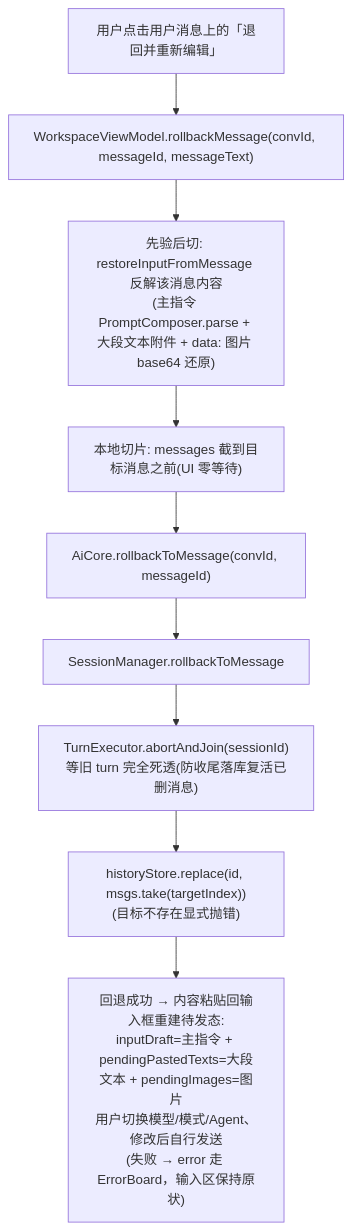
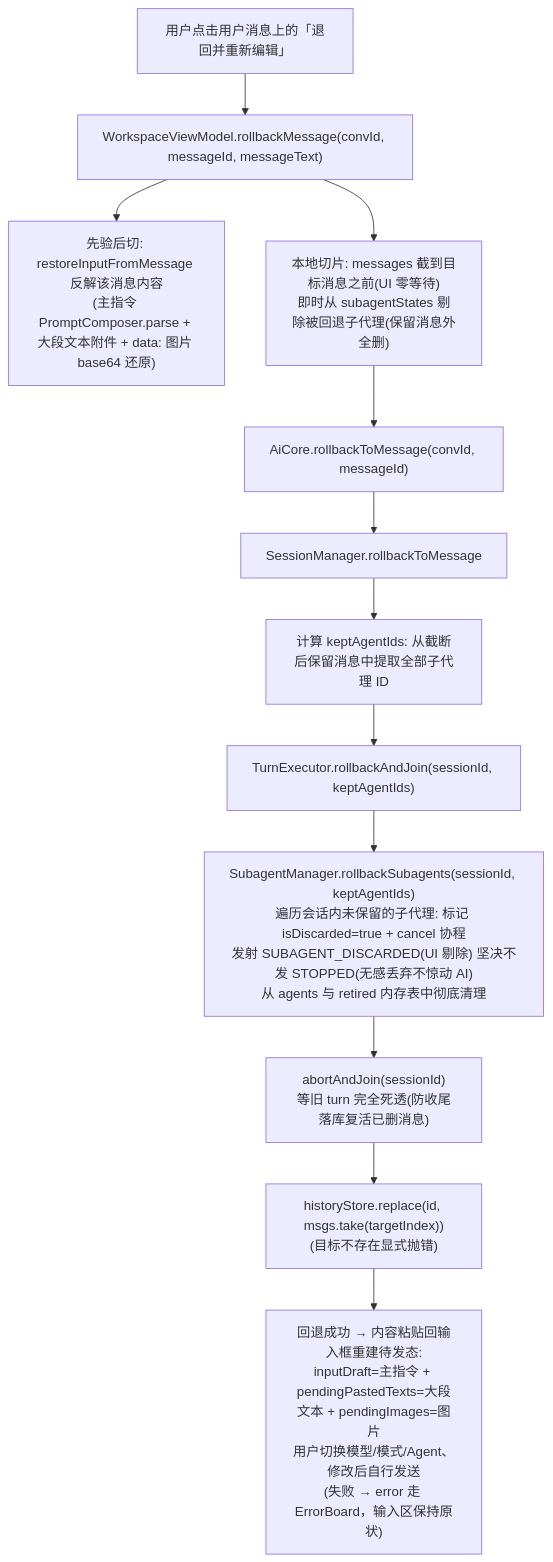
Before and after one commit to lzdev42/mederi: diagram 11 of 18 in docs/architecture/04-flows.md, drawn with Mermaid. The commit also changed other lines of this file and 96 other files, not shown here.

````diff
--- a/docs/architecture/04-flows.md
+++ b/docs/architecture/04-flows.md
@@ -400,11 +401,14 @@
 ```mermaid
 flowchart TD
     U["用户点击用户消息上的「退回并重新编辑」"] --> VM["WorkspaceViewModel.rollbackMessage(convId, messageId, messageText)"]
     VM --> V1["先验后切: restoreInputFromMessage 反解该消息内容<br/>(主指令 PromptComposer.parse + 大段文本附件 + data: 图片 base64 还原)"]
-    V1 --> V2["本地切片: messages 截到目标消息之前(UI 零等待)"]
+    VM --> V2["本地切片: messages 截到目标消息之前(UI 零等待)<br/>即时从 subagentStates 剔除被回退子代理(保留消息外全删)"]
     V2 --> AC["AiCore.rollbackToMessage(convId, messageId)"]
     AC --> SM["SessionManager.rollbackToMessage"]
-    SM --> TE["TurnExecutor.abortAndJoin(sessionId)<br/>等旧 turn 完全死透(防收尾落库复活已删消息)"]
-    TE --> HS["historyStore.replace(id, msgs.take(targetIndex))<br/>(目标不存在显式抛错)"]
+    SM --> EXT["计算 keptAgentIds: 从截断后保留消息中提取全部子代理 ID"]
+    EXT --> TE["TurnExecutor.rollbackAndJoin(sessionId, keptAgentIds)"]
+    TE --> RS["SubagentManager.rollbackSubagents(sessionId, keptAgentIds)<br/>遍历会话内未保留的子代理: 标记 isDiscarded=true + cancel 协程<br/>发射 SUBAGENT_DISCARDED(UI 剔除) 坚决不发 STOPPED(无感丢弃不惊动 AI)<br/>从 agents 与 retired 内存表中彻底清理"]
+    RS --> AB["abortAndJoin(sessionId)<br/>等旧 turn 完全死透(防收尾落库复活已删消息)"]
+    AB --> HS["historyStore.replace(id, msgs.take(targetIndex))<br/>(目标不存在显式抛错)"]
     HS --> RE["回退成功 → 内容粘贴回输入框重建待发态:<br/>inputDraft=主指令 + pendingPastedTexts=大段文本 + pendingImages=图片<br/>用户切换模型/模式/Agent、修改后自行发送<br/>(失败 → error 走 ErrorBoard，输入区保持原状)"]
 ```
````
